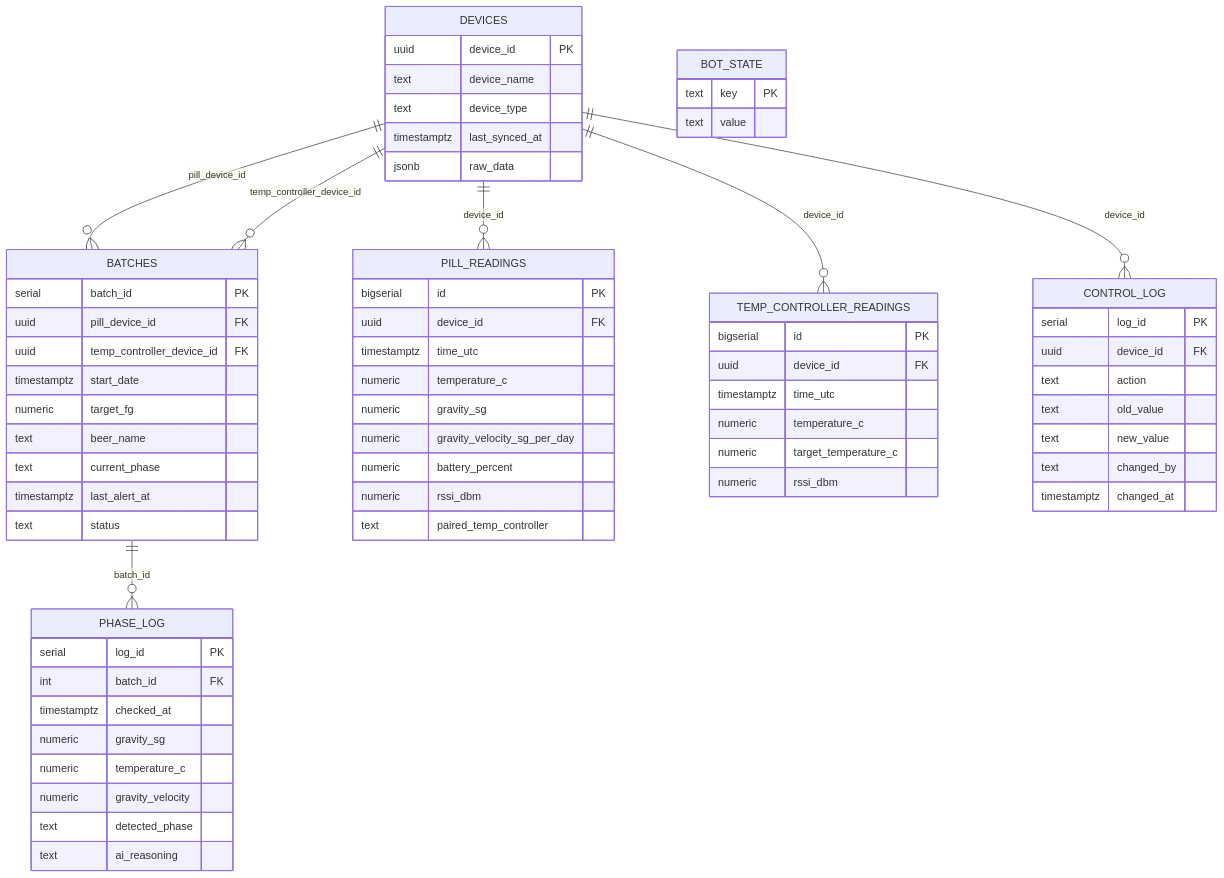
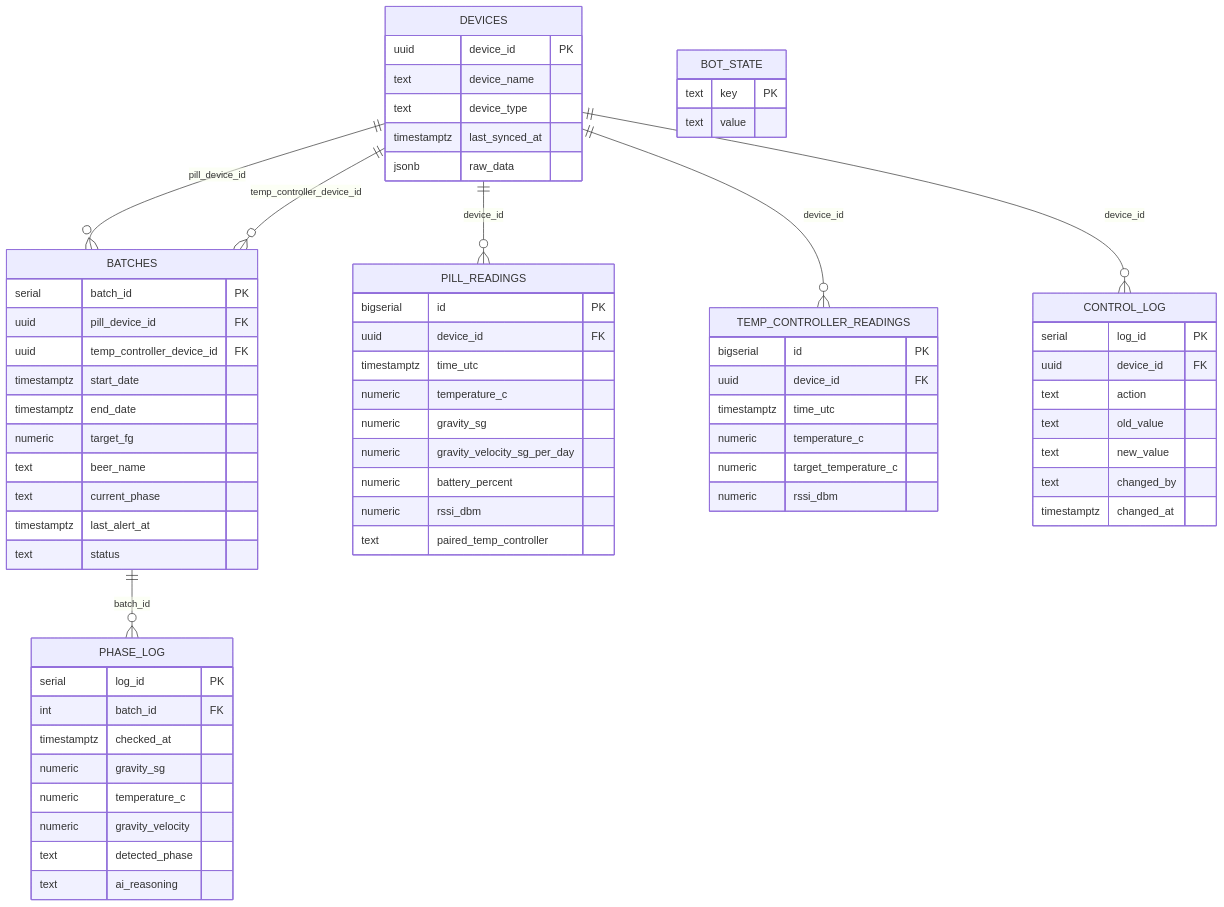
Before and after one commit to puatham/khelangbrewpub: the diagram in er-diagram.mermaid, drawn with Mermaid. The commit also changed 5 other files, not shown here.

```diff
--- a/er-diagram.mermaid
+++ b/er-diagram.mermaid
@@ -1,74 +1,75 @@
 erDiagram
     DEVICES ||--o{ BATCHES : "pill_device_id"
     DEVICES ||--o{ BATCHES : "temp_controller_device_id"
     DEVICES ||--o{ PILL_READINGS : "device_id"
     DEVICES ||--o{ TEMP_CONTROLLER_READINGS : "device_id"
     DEVICES ||--o{ CONTROL_LOG : "device_id"
     BATCHES ||--o{ PHASE_LOG : "batch_id"
 
     DEVICES {
         uuid device_id PK
         text device_name
         text device_type
         timestamptz last_synced_at
         jsonb raw_data
     }
 
     BATCHES {
         serial batch_id PK
         uuid pill_device_id FK
         uuid temp_controller_device_id FK
         timestamptz start_date
+        timestamptz end_date
         numeric target_fg
         text beer_name
         text current_phase
         timestamptz last_alert_at
         text status
     }
 
     PILL_READINGS {
         bigserial id PK
         uuid device_id FK
         timestamptz time_utc
         numeric temperature_c
         numeric gravity_sg
         numeric gravity_velocity_sg_per_day
         numeric battery_percent
         numeric rssi_dbm
         text paired_temp_controller
     }
 
     TEMP_CONTROLLER_READINGS {
         bigserial id PK
         uuid device_id FK
         timestamptz time_utc
         numeric temperature_c
         numeric target_temperature_c
         numeric rssi_dbm
     }
 
     PHASE_LOG {
         serial log_id PK
         int batch_id FK
         timestamptz checked_at
         numeric gravity_sg
         numeric temperature_c
         numeric gravity_velocity
         text detected_phase
         text ai_reasoning
     }
 
     CONTROL_LOG {
         serial log_id PK
         uuid device_id FK
         text action
         text old_value
         text new_value
         text changed_by
         timestamptz changed_at
     }
 
     BOT_STATE {
         text key PK
         text value
     }
```
